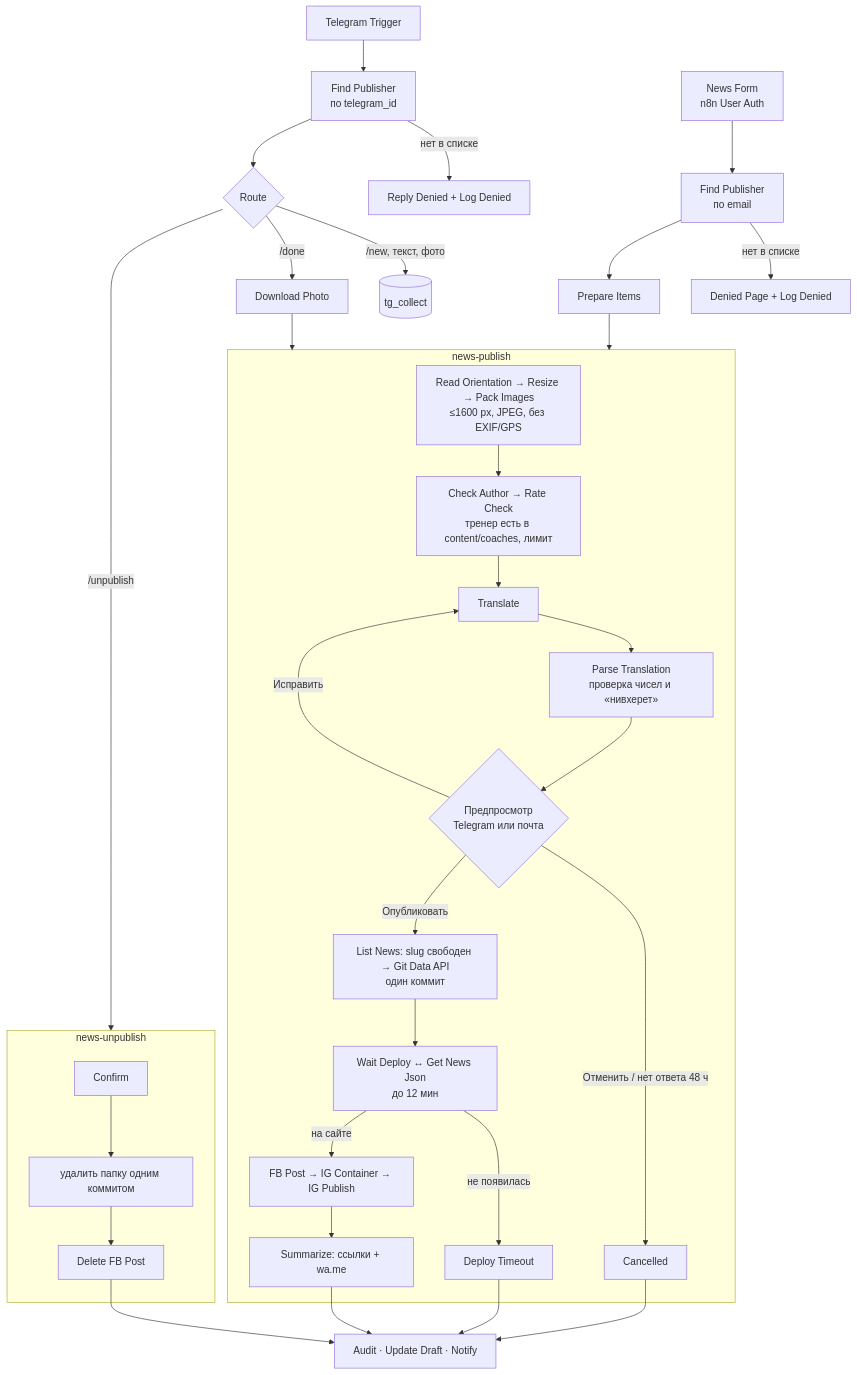
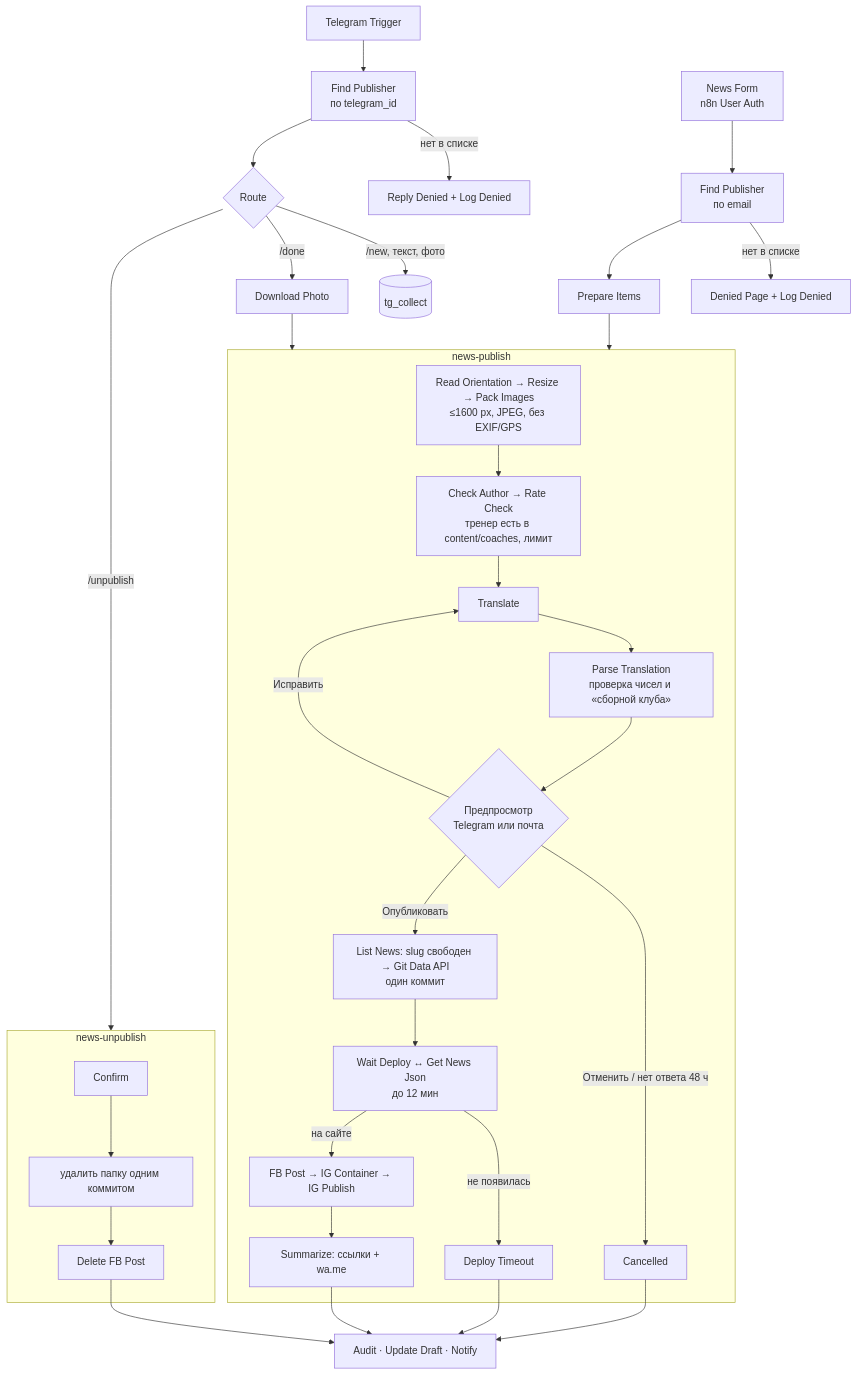
The first of 2 diagrams in docs/n8n-news-design.md (Unifight-haifa/unifight), drawn with Mermaid before and after one commit. The commit also changed other lines of this file and 5 other files, not shown here.

````diff
--- a/docs/n8n-news-design.md
+++ b/docs/n8n-news-design.md
@@ -31,32 +31,32 @@
 ```mermaid
 flowchart TD
   TG[Telegram Trigger] --> FP1[Find Publisher<br/>по telegram_id]
   FORM[News Form<br/>n8n User Auth] --> FP2[Find Publisher<br/>по email]
   FP1 -->|нет в списке| DENY1[Reply Denied + Log Denied]
   FP2 -->|нет в списке| DENY2[Denied Page + Log Denied]
   FP1 --> CMD{Route}
   CMD -->|/new, текст, фото| COLLECT[(tg_collect)]
   CMD -->|/done| DL[Download Photo] --> PUB
   CMD -->|/unpublish| UNP
   FP2 --> PREP[Prepare Items] --> PUB
 
   subgraph PUB [news-publish]
     IMG[Read Orientation → Resize → Pack Images<br/>≤1600 px, JPEG, без EXIF/GPS] --> RATE[Check Author → Rate Check<br/>тренер есть в content/coaches, лимит]
     RATE --> TR[Translate]
-    TR --> PARSE[Parse Translation<br/>проверка чисел и «нивхерет»]
+    TR --> PARSE[Parse Translation<br/>проверка чисел и «сборной клуба»]
     PARSE --> ASK{Предпросмотр<br/>Telegram или почта}
     ASK -->|Исправить| TR
     ASK -->|Отменить / нет ответа 48 ч| CANCEL[Cancelled]
     ASK -->|Опубликовать| GIT[List News: slug свободен → Git Data API<br/>один коммит]
     GIT --> WAIT[Wait Deploy ↔ Get News Json<br/>до 12 мин]
     WAIT -->|не появилась| TO[Deploy Timeout]
     WAIT -->|на сайте| SOC[FB Post → IG Container → IG Publish]
     SOC --> SUM[Summarize: ссылки + wa.me]
   end
 
   subgraph UNP [news-unpublish]
     CONF[Confirm] --> DEL[удалить папку одним коммитом] --> FBD[Delete FB Post]
   end
 
   CANCEL & TO & SUM & FBD --> TAIL[Audit · Update Draft · Notify]
 ```
````
